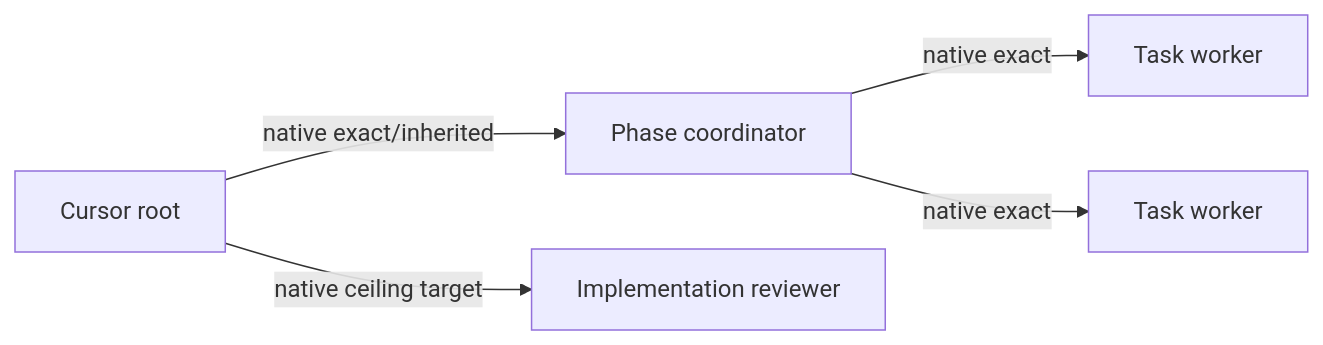
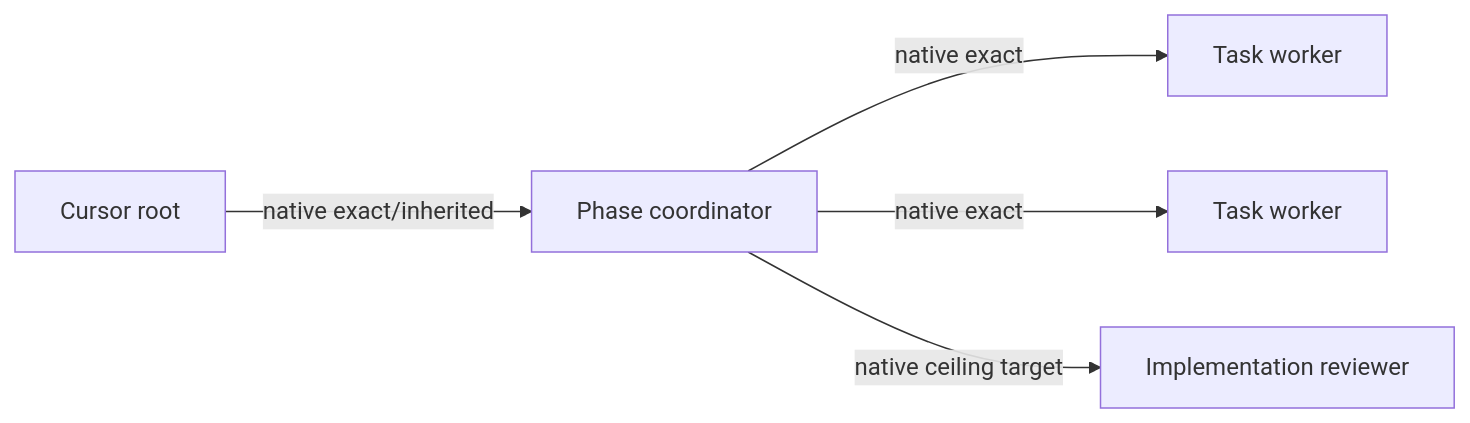
The first of 2 diagrams in .oat/projects/shared/oat-project-fixture/references/dispatching-subagents-cursor-draft.md (voxmedia/open-agent-toolkit), drawn with Mermaid before and after one commit. The commit also changed other lines of this file and 12 other files, not shown here.

````diff
--- a/.oat/projects/shared/oat-project-fixture/references/dispatching-subagents-cursor-draft.md
+++ b/.oat/projects/shared/oat-project-fixture/references/dispatching-subagents-cursor-draft.md
@@ -59,7 +62,7 @@
 ```mermaid
 flowchart LR
   R[Cursor root] -->|native exact/inherited| C[Phase coordinator]
   C -->|native exact| T1[Task worker]
   C -->|native exact| T2[Task worker]
-  R -->|native ceiling target| V[Implementation reviewer]
+  C -->|native ceiling target| V[Implementation reviewer]
 ```
````
